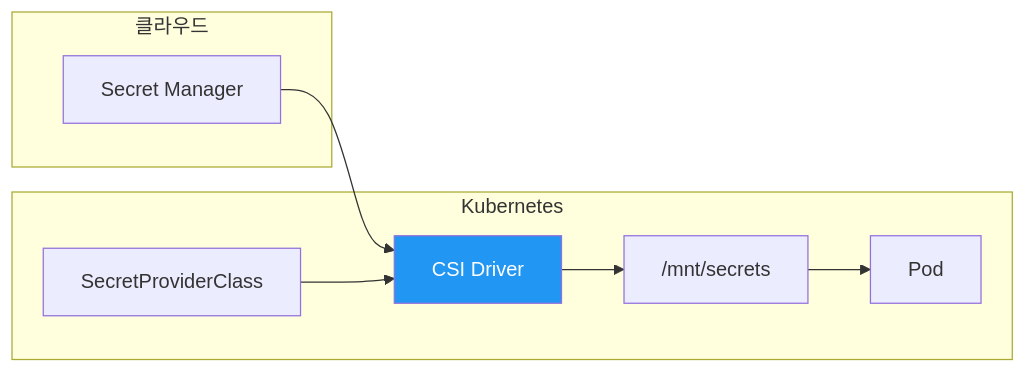
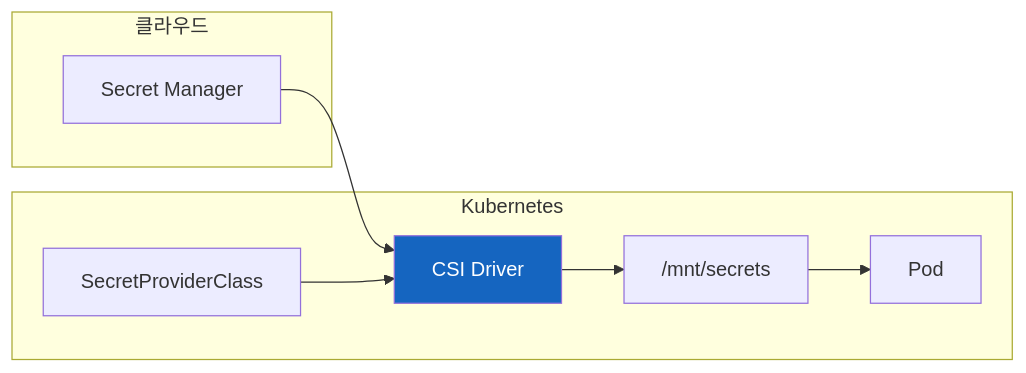
The third of 5 diagrams in kubernetes/Kubernetes-ConfigMap-Secret.md (sskim91/TIL), drawn with Mermaid before and after one commit. The commit also changed other lines of this file and 39 other files, not shown here.

````diff
--- a/kubernetes/Kubernetes-ConfigMap-Secret.md
+++ b/kubernetes/Kubernetes-ConfigMap-Secret.md
@@ -883,20 +577,20 @@
 ```mermaid
 flowchart LR
     subgraph "클라우드"
         SM[Secret Manager]
     end
 
     subgraph "Kubernetes"
         CSI[CSI Driver]
         SPC[SecretProviderClass]
         POD[Pod]
         VOL["/mnt/secrets"]
     end
 
     SM --> CSI
     SPC --> CSI
     CSI --> VOL
     VOL --> POD
 
-    style CSI fill:#2196F3,color:#fff
+    style CSI fill:#1565C0,color:#fff
 ```
````
